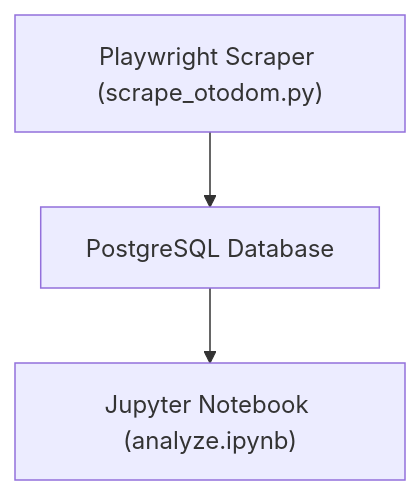
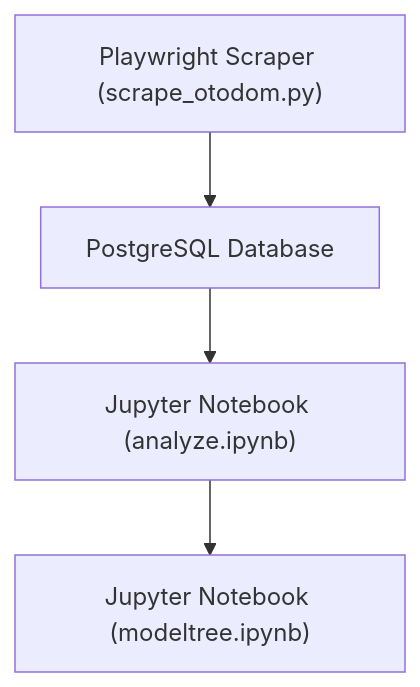
Before and after one commit to natcge/otodom_project: the diagram in README.md, drawn with Mermaid. The commit also changed other lines of this file, not shown here.

````diff
--- a/README.md
+++ b/README.md
@@ -48,5 +48,6 @@
 ```mermaid
 flowchart TD
     A["Playwright Scraper (scrape_otodom.py)"] --> B["PostgreSQL Database"]
     B --> C["Jupyter Notebook (analyze.ipynb)"]
+    C -->D["Jupyter Notebook (modeltree.ipynb)"]
 ```
````
